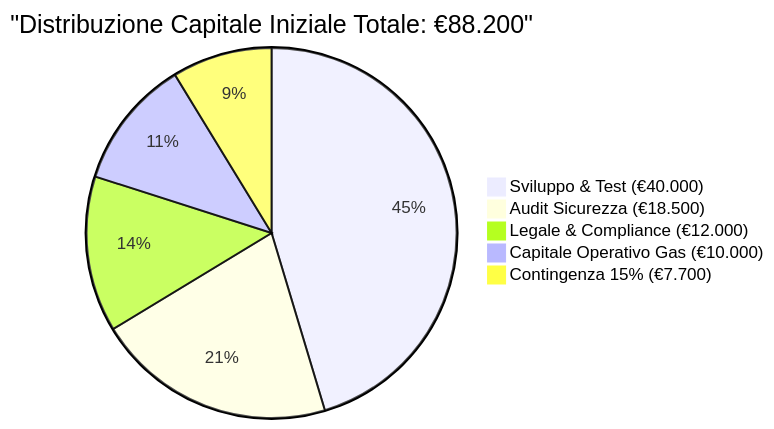
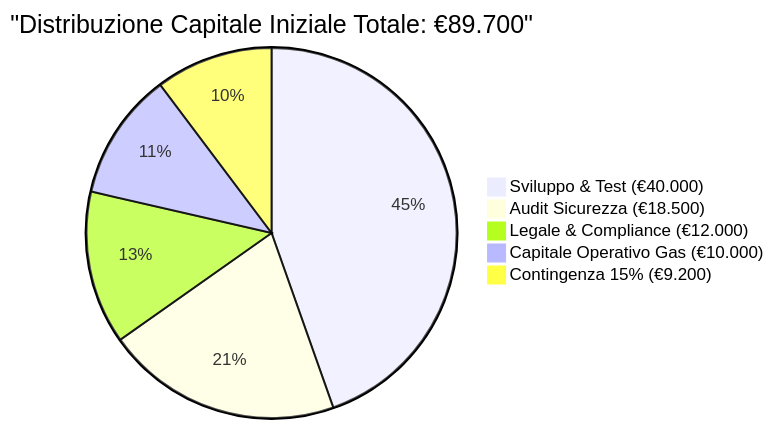
Before and after one commit to AIgen-Solutions-s-r-l/bsc: the first of 8 diagrams in PROPOSTA_ESECUTIVA_ARBITRAGGIO_BSC.md, drawn with Mermaid. The commit also changed other lines of this file, not shown here.

````diff
--- a/PROPOSTA_ESECUTIVA_ARBITRAGGIO_BSC.md
+++ b/PROPOSTA_ESECUTIVA_ARBITRAGGIO_BSC.md
@@ -22,8 +22,8 @@
 ```mermaid
-pie title "Distribuzione Capitale Iniziale Totale: €88.200"
+pie title "Distribuzione Capitale Iniziale Totale: €89.700"
     "Sviluppo & Test (€40.000)" : 40000
     "Audit Sicurezza (€18.500)" : 18500
     "Legale & Compliance (€12.000)" : 12000
     "Capitale Operativo Gas (€10.000)" : 10000
-    "Contingenza 15% (€7.700)" : 7700
+    "Contingenza 15% (€9.200)" : 9200
 ```
````
